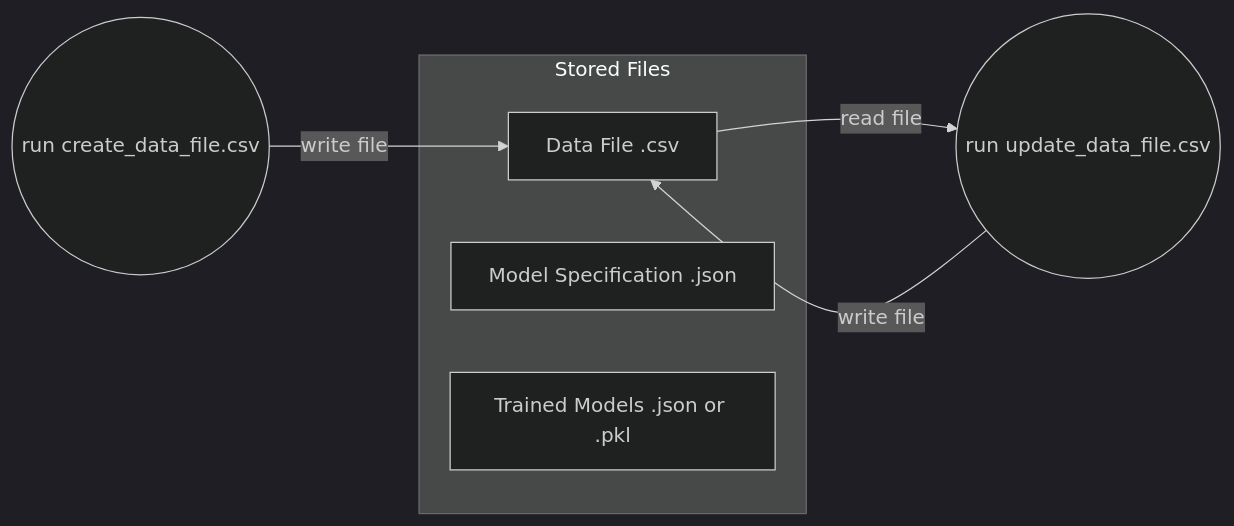
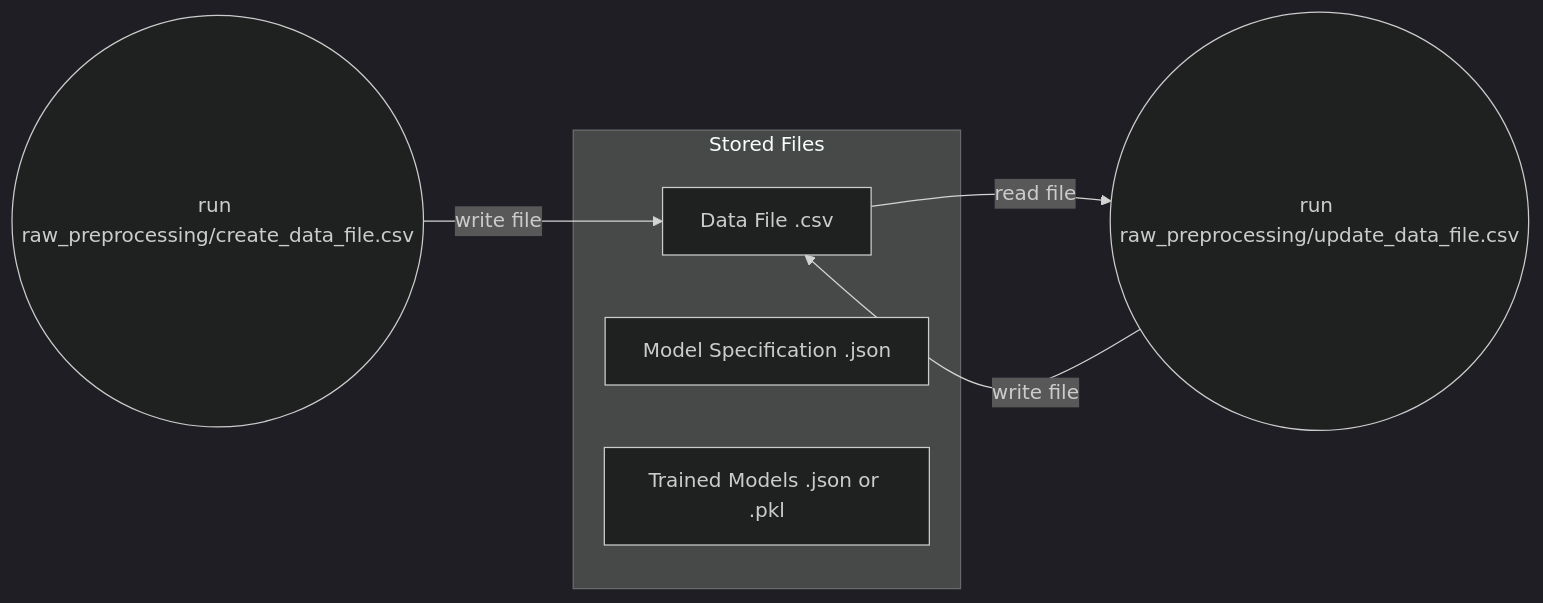
One commit to markusrupp/icing_flowshart changed the second of 2 diagrams in code_flow.md. Above: the diagram before and after it, drawn with Mermaid (dark theme).

````diff
--- a/code_flow.md
+++ b/code_flow.md
@@ -17,12 +17,12 @@
 ```mermaid
 flowchart LR
     subgraph Stored Files
         CSV[Data File .csv]
         MS[Model Specification .json]
         MF[Trained Models .json or .pkl]
     end
-CCSV((run create_data_file.csv)) -->|write file| CSV
-UCSV((run update_data_file.csv)) -->|write file| CSV
+CCSV((run raw_preprocessing/create_data_file.csv)) -->|write file| CSV
+UCSV((run raw_preprocessing/update_data_file.csv)) -->|write file| CSV
 CSV -->|read file| UCSV
     
 ```
````
